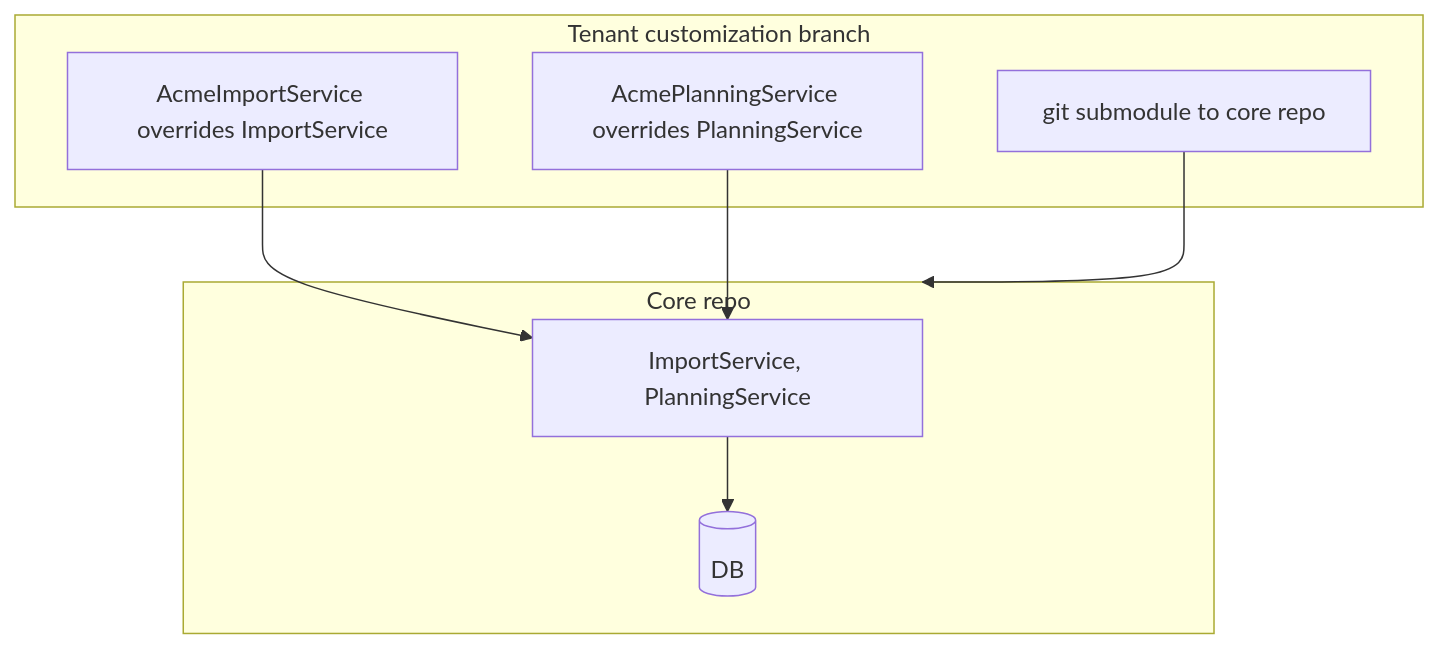
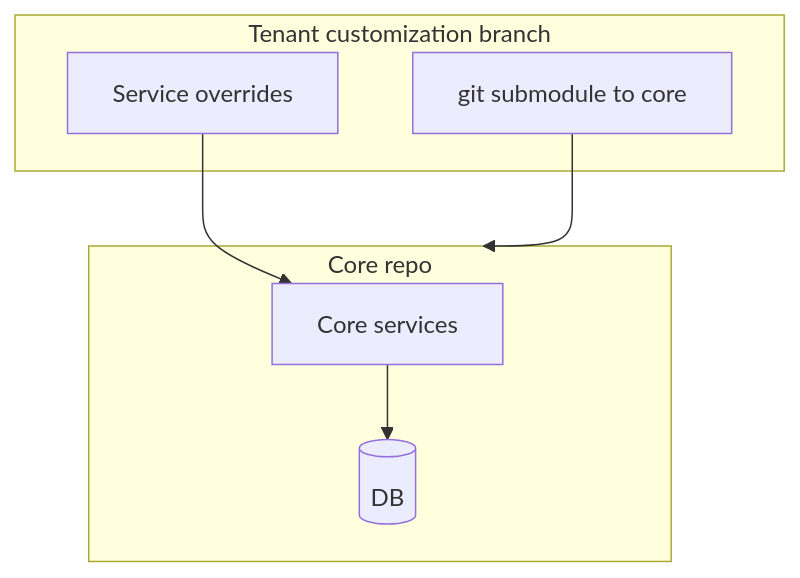
One commit to robbertF2P/Sandbox changed the first of 5 diagrams in docs/floor2plan-akka-actor-integration-design.md. Above: the diagram before and after it, drawn with Mermaid. The commit also changed other lines of this file, not shown here.

````diff
--- a/docs/floor2plan-akka-actor-integration-design.md
+++ b/docs/floor2plan-akka-actor-integration-design.md
@@ -15,18 +32,16 @@
 ```mermaid
 flowchart TB
   subgraph tenant["Tenant customization branch"]
-    OVR["AcmeImportService overrides ImportService"]
-    OVR2["AcmePlanningService overrides PlanningService"]
-    SUB["git submodule to core repo"]
+    OVR["Service overrides"]
+    SUB["git submodule to core"]
   end
 
   subgraph core["Core repo"]
-    SVC["ImportService, PlanningService"]
+    SVC["Core services"]
     DB[("DB")]
   end
 
   SUB --> core
   OVR --> SVC
-  OVR2 --> SVC
   SVC --> DB
 ```
````
